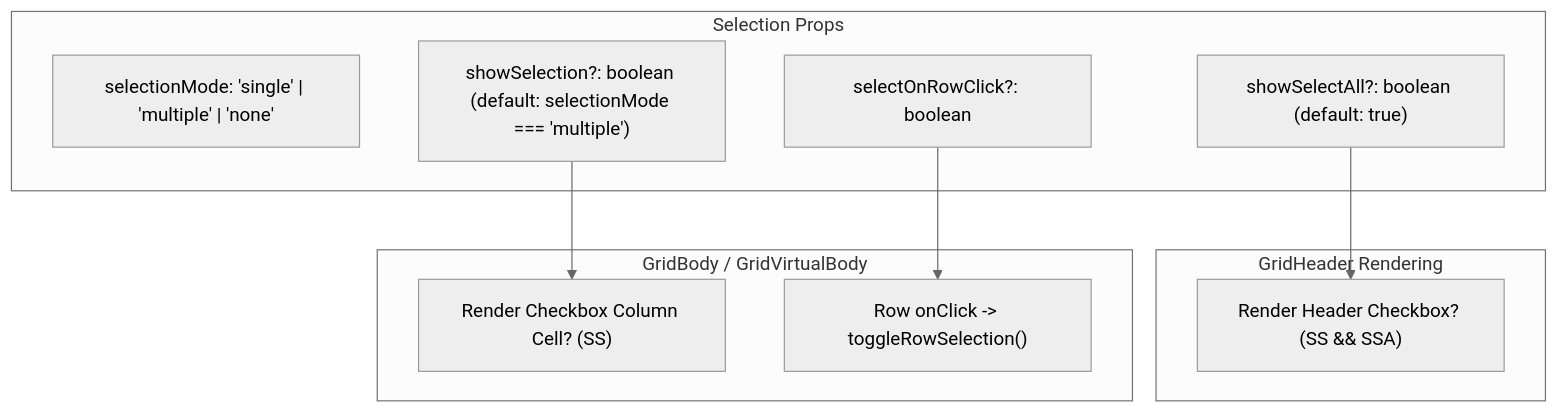
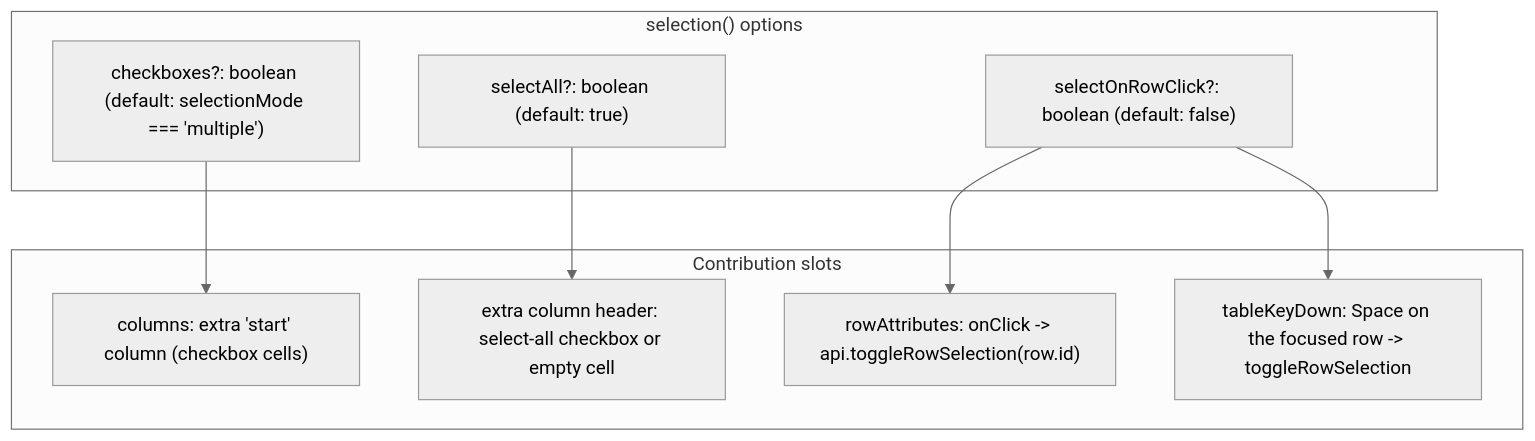
The diagram in specs/selection-controls/spec.md (yaotzin1/apsw-gridwright), drawn with Mermaid (neutral theme) before and after one commit. The commit also changed other lines of this file and 201 other files, not shown here.

````diff
--- a/specs/selection-controls/spec.md
+++ b/specs/selection-controls/spec.md
@@ -38,18 +35,15 @@
 ```mermaid
 flowchart TD
-    subgraph Props["<Gridwright /> Selection Props"]
-        SM["selectionMode: 'single' | 'multiple' | 'none'"]
-        SS["showSelection?: boolean (default: selectionMode === 'multiple')"]
-        SORC["selectOnRowClick?: boolean"]
-        SSA["showSelectAll?: boolean (default: true)"]
+    subgraph Options["selection() options"]
+        CB["checkboxes?: boolean (default: selectionMode === 'multiple')"]
+        SA["selectAll?: boolean (default: true)"]
+        RC["selectOnRowClick?: boolean (default: false)"]
     end
 
-    subgraph Header["GridHeader Rendering"]
-        SSA --> CheckAll["Render Header Checkbox? (SS && SSA)"]
-    end
-
-    subgraph Body["GridBody / GridVirtualBody"]
-        SS --> CheckCell["Render Checkbox Column Cell? (SS)"]
-        SORC --> ClickSelect["Row onClick -> toggleRowSelection()"]
+    subgraph Slots["Contribution slots"]
+        CB --> Col["columns: extra 'start' column (checkbox cells)"]
+        SA --> Head["extra column header: select-all checkbox or empty cell"]
+        RC --> Row["rowAttributes: onClick -> api.toggleRowSelection(row.id)"]
+        RC --> Key["tableKeyDown: Space on the focused row -> toggleRowSelection"]
     end
 ```
````
